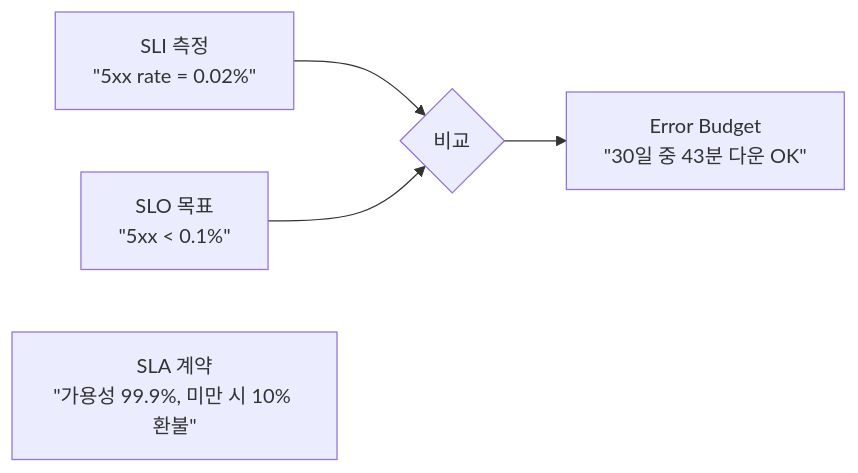
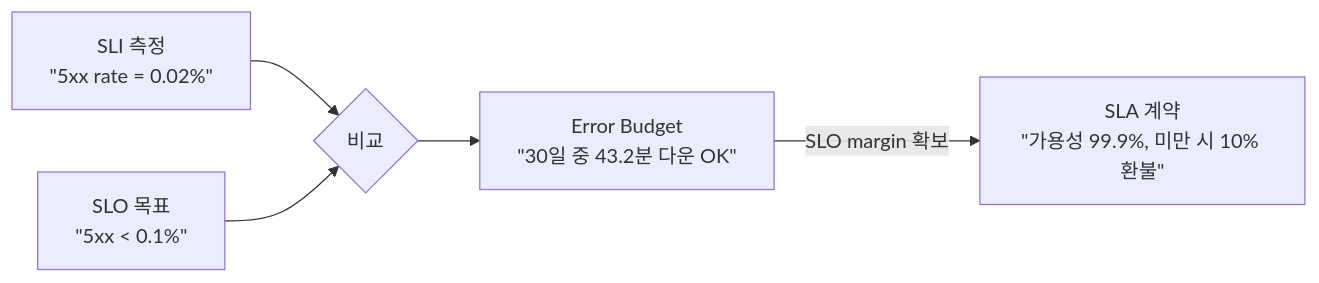
Before and after one commit to shinkeonkim/shinkeonkim.github.io: the second of 4 diagrams in src/content/wiki/devops/slo-sli-error-budget.mdx, drawn with Mermaid. The commit also changed other lines of this file and 526 other files, not shown here.

First line of the commit message:
content(wiki): 전수조사 및 대규모 보강 (짧은 파일 0, mermaid +645)

````diff
--- a/src/content/wiki/devops/slo-sli-error-budget.mdx
+++ b/src/content/wiki/devops/slo-sli-error-budget.mdx
@@ -23,10 +42,11 @@
 ```mermaid
 flowchart LR
-    SLI["SLI 측정<br/>#quot;5xx rate = 0.02%#quot;"]
-    SLO["SLO 목표<br/>#quot;5xx < 0.1%#quot;"]
-    SLA["SLA 계약<br/>#quot;가용성 99.9%, 미만 시 10% 환불#quot;"]
-    EB["Error Budget<br/>#quot;30일 중 43분 다운 OK#quot;"]
+    SLI["SLI 측정\n#quot;5xx rate = 0.02%#quot;"]
+    SLO["SLO 목표\n#quot;5xx < 0.1%#quot;"]
+    SLA["SLA 계약\n#quot;가용성 99.9%, 미만 시 10% 환불#quot;"]
+    EB["Error Budget\n#quot;30일 중 43.2분 다운 OK#quot;"]
     SLI --> Compare{비교}
     SLO --> Compare
     Compare --> EB
+    EB -->|"SLO margin 확보"| SLA
 ```
````
